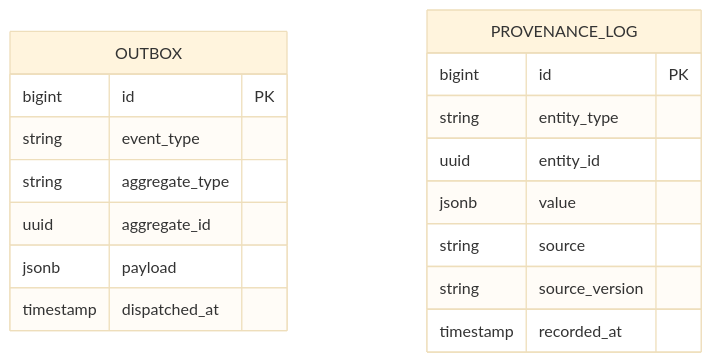
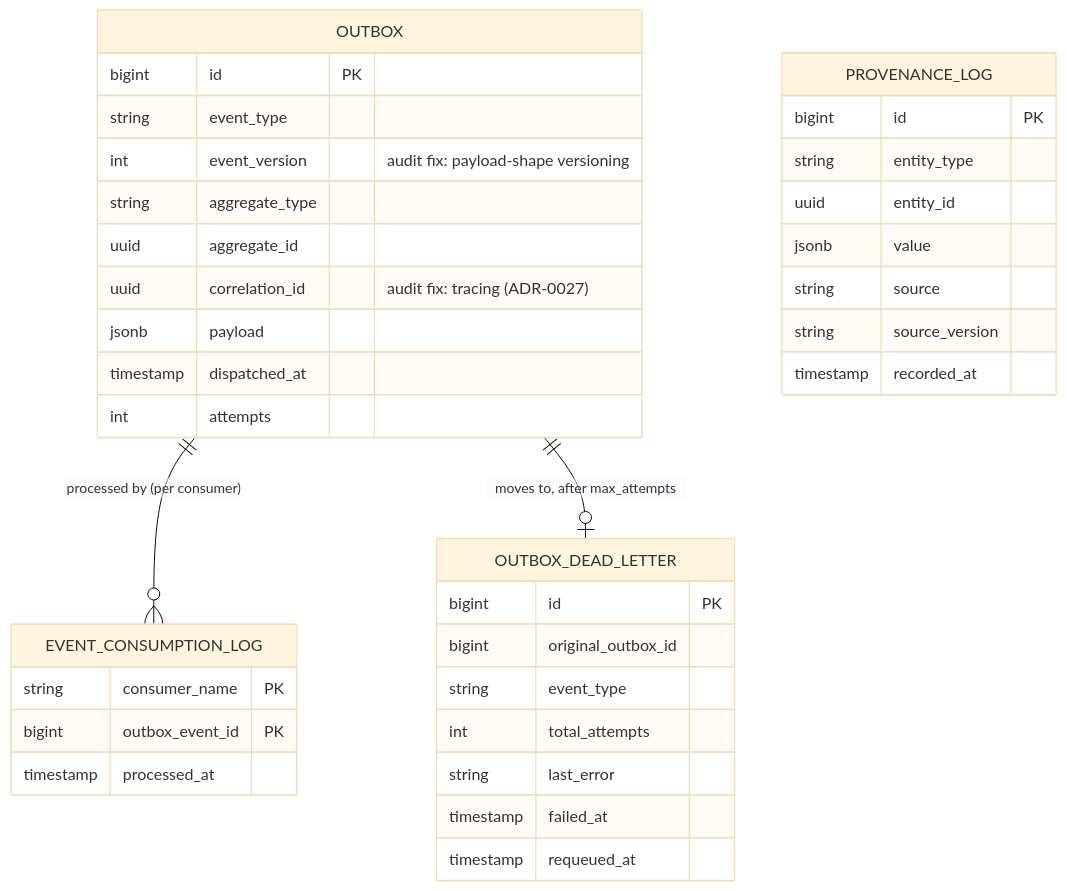
The fifth of 5 diagrams in docs/04-erd.md (shadygad01/TaxiTawsila), drawn with Mermaid (base theme) before and after one commit. The commit also changed other lines of this file and 17 other files, not shown here.

````diff
--- a/docs/04-erd.md
+++ b/docs/04-erd.md
@@ -371,21 +381,43 @@
 ```mermaid
 erDiagram
+    OUTBOX ||--o{ EVENT_CONSUMPTION_LOG : "processed by (per consumer)"
+    OUTBOX ||--o| OUTBOX_DEAD_LETTER : "moves to, after max_attempts"
+
     OUTBOX {
         bigint id PK
         string event_type
+        int event_version "audit fix: payload-shape versioning"
         string aggregate_type
         uuid aggregate_id
+        uuid correlation_id "audit fix: tracing (ADR-0027)"
         jsonb payload
         timestamp dispatched_at
+        int attempts
+    }
+
+    EVENT_CONSUMPTION_LOG {
+        string consumer_name PK
+        bigint outbox_event_id PK
+        timestamp processed_at
+    }
+
+    OUTBOX_DEAD_LETTER {
+        bigint id PK
+        bigint original_outbox_id
+        string event_type
+        int total_attempts
+        string last_error
+        timestamp failed_at
+        timestamp requeued_at
     }
 
     PROVENANCE_LOG {
         bigint id PK
         string entity_type
         uuid entity_id
         jsonb value
         string source
         string source_version
         timestamp recorded_at
     }
 ```
````
